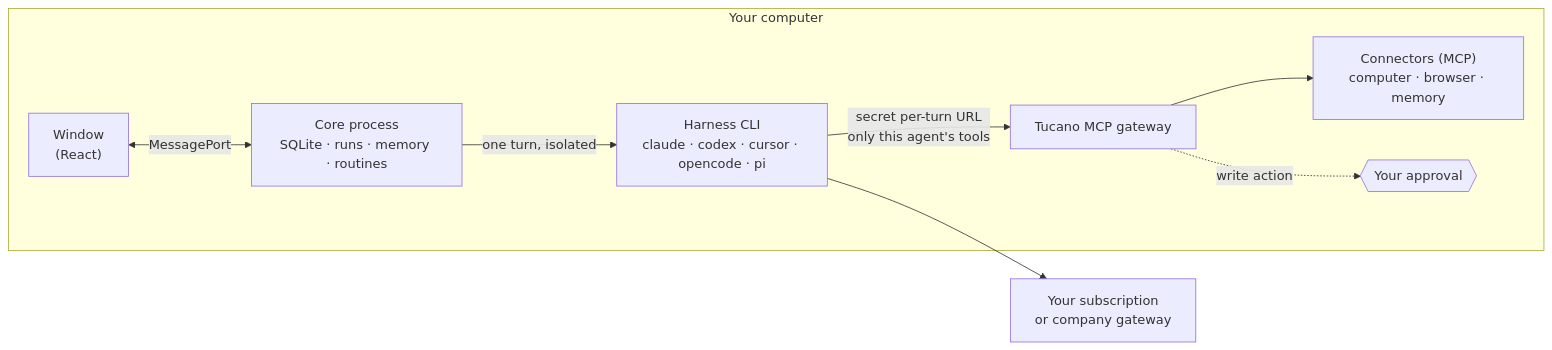
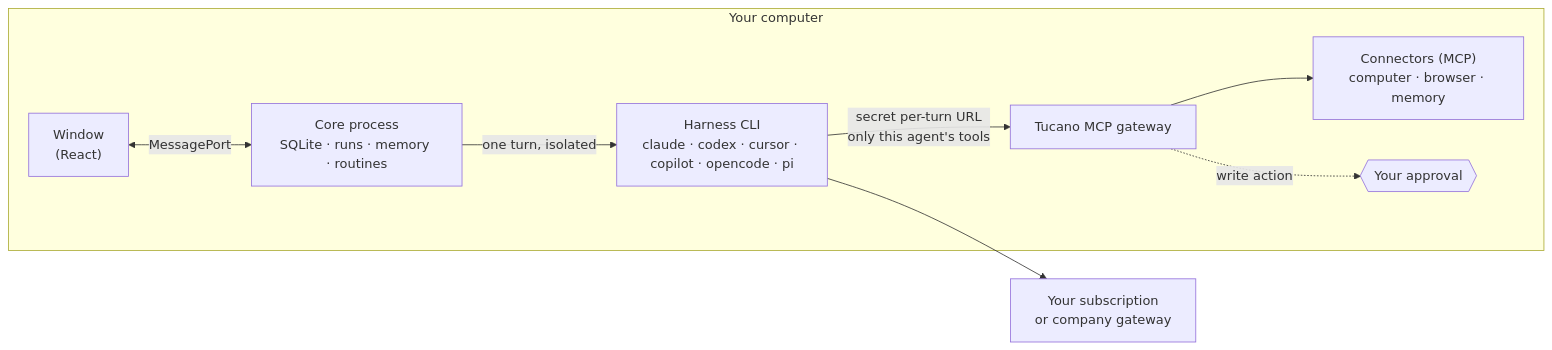
The diagram in README.md (eduwxyz/tucano), drawn with Mermaid before and after one commit. The commit also changed other lines of this file and 35 other files, not shown here.

````diff
--- a/README.md
+++ b/README.md
@@ -160,11 +161,11 @@
 ```mermaid
 flowchart LR
   subgraph Mac["Your computer"]
     UI["Window<br/>(React)"] <-->|MessagePort| Core["Core process<br/>SQLite · runs · memory · routines"]
-    Core -->|"one turn, isolated"| CLI["Harness CLI<br/>claude · codex · cursor · opencode · pi"]
+    Core -->|"one turn, isolated"| CLI["Harness CLI<br/>claude · codex · cursor · copilot · opencode · pi"]
     CLI -->|"secret per-turn URL<br/>only this agent's tools"| GW["Tucano MCP gateway"]
     GW --> Tools["Connectors (MCP)<br/>computer · browser · memory"]
     GW -.->|"write action"| OK{{"Your approval"}}
   end
   CLI --> Model["Your subscription<br/>or company gateway"]
 ```
````
